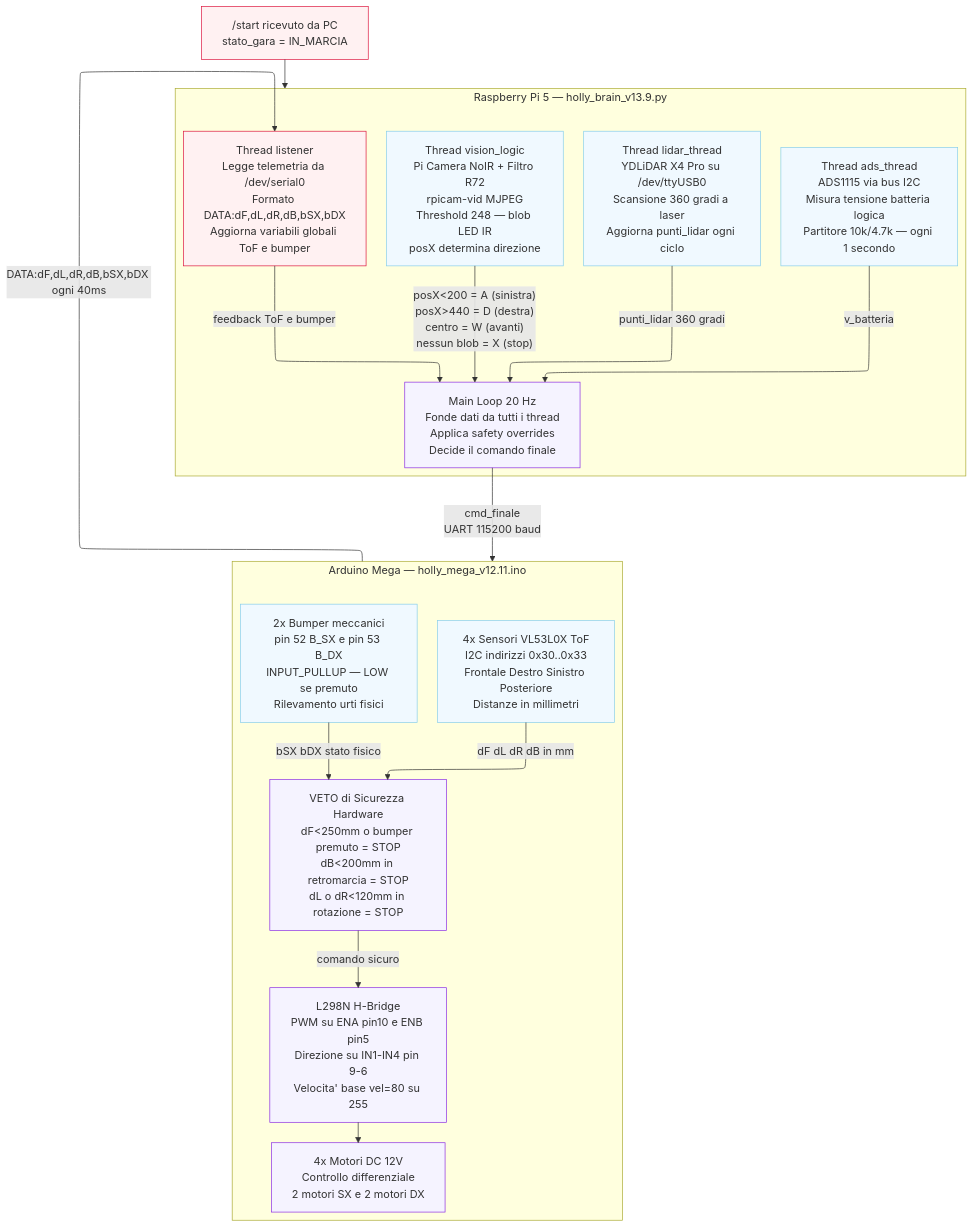
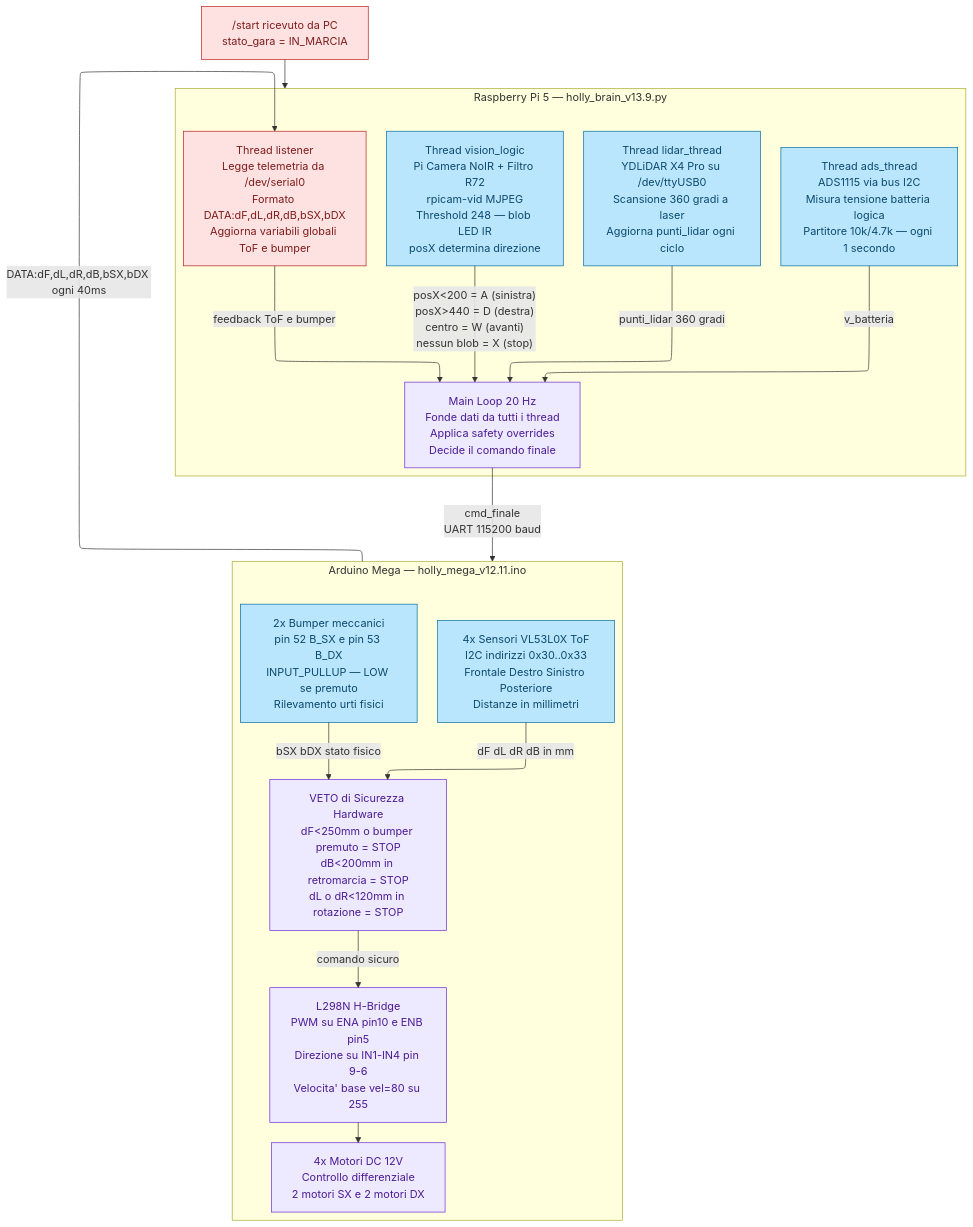
The second of 4 diagrams in README.md (ITC-V-A-Ruiz-Dip-di-Inf-e-Telecom/dronebot-2026), drawn with Mermaid before and after one commit. The commit also changed other lines of this file, not shown here.

````diff
--- a/README.md
+++ b/README.md
@@ -104,50 +107,50 @@
 ```mermaid
 ---
 config:
   layout: elk
 ---
 flowchart TD
-    classDef raspberry stroke:#4e5b69,fill:#eef2ff
-    classDef arduino stroke:#008080,fill:#f0fdfa
-    classDef sensor stroke:#87ceeb,fill:#f0f9ff
-    classDef control stroke:#8a2be2,fill:#f5f3ff
-    classDef comm stroke:#dc143c,fill:#fff1f2
+    classDef raspberry stroke:#3730a3,fill:#e0e7ff,color:#1e1b4b
+    classDef arduino stroke:#0f766e,fill:#ccfbf1,color:#134e4a
+    classDef sensor stroke:#0369a1,fill:#bae6fd,color:#0c4a6e
+    classDef control stroke:#6d28d9,fill:#ede9fe,color:#4c1d95
+    classDef comm stroke:#b91c1c,fill:#fee2e2,color:#7f1d1d
 
     HTTP["/start ricevuto da PC\nstato_gara = IN_MARCIA"]:::comm
 
     subgraph RPI["Raspberry Pi 5 — holly_brain_v13.9.py"]
         VIS["Thread vision_logic\nPi Camera NoIR + Filtro R72\nrpicam-vid MJPEG\nThreshold 248 — blob LED IR\nposX determina direzione"]:::sensor
         LID["Thread lidar_thread\nYDLiDAR X4 Pro su /dev/ttyUSB0\nScansione 360 gradi a laser\nAggiorna punti_lidar ogni ciclo"]:::sensor
         LIST["Thread listener\nLegge telemetria da /dev/serial0\nFormato DATA:dF,dL,dR,dB,bSX,bDX\nAggiorna variabili globali ToF e bumper"]:::comm
         ADS_T["Thread ads_thread\nADS1115 via bus I2C\nMisura tensione batteria logica\nPartitore 10k/4.7k — ogni 1 secondo"]:::sensor
         ML["Main Loop 20 Hz\nFonde dati da tutti i thread\nApplica safety overrides\nDecide il comando finale"]:::control
     end
     class RPI raspberry
 
     HTTP --> RPI
     VIS -->|"posX<200 = A (sinistra)\nposX>440 = D (destra)\ncentro = W (avanti)\nnessun blob = X (stop)"| ML
     LID -->|punti_lidar 360 gradi| ML
     ADS_T -->|v_batteria| ML
 
     subgraph ARD["Arduino Mega — holly_mega_v12.11.ino"]
         TOF["4x Sensori VL53L0X ToF\nI2C indirizzi 0x30..0x33\nFrontale Destro Sinistro Posteriore\nDistanze in millimetri"]:::sensor
         BUMP["2x Bumper meccanici\npin 52 B_SX e pin 53 B_DX\nINPUT_PULLUP — LOW se premuto\nRilevamento urti fisici"]:::sensor
         VETO["VETO di Sicurezza Hardware\ndF<250mm o bumper premuto = STOP\ndB<200mm in retromarcia = STOP\ndL o dR<120mm in rotazione = STOP"]:::control
         DRV["L298N H-Bridge\nPWM su ENA pin10 e ENB pin5\nDirezione su IN1-IN4 pin 9-6\nVelocita' base vel=80 su 255"]:::control
         MOT["4x Motori DC 12V\nControllo differenziale\n2 motori SX e 2 motori DX"]:::control
     end
     class ARD arduino
 
     %% Feedback sensoriale verso VETO
     TOF -->|dF dL dR dB in mm| VETO
     BUMP -->|bSX bDX stato fisico| VETO
     VETO -->|comando sicuro| DRV
     DRV --> MOT
 
     %% Telemetria Arduino verso Raspberry Pi
     ARD -->|"DATA:dF,dL,dR,dB,bSX,bDX ogni 40ms"| LIST
     LIST -->|feedback ToF e bumper| ML
 
     %% Comando principale verso Arduino
     ML -->|"cmd_finale\nUART 115200 baud"| ARD
 ```
````
